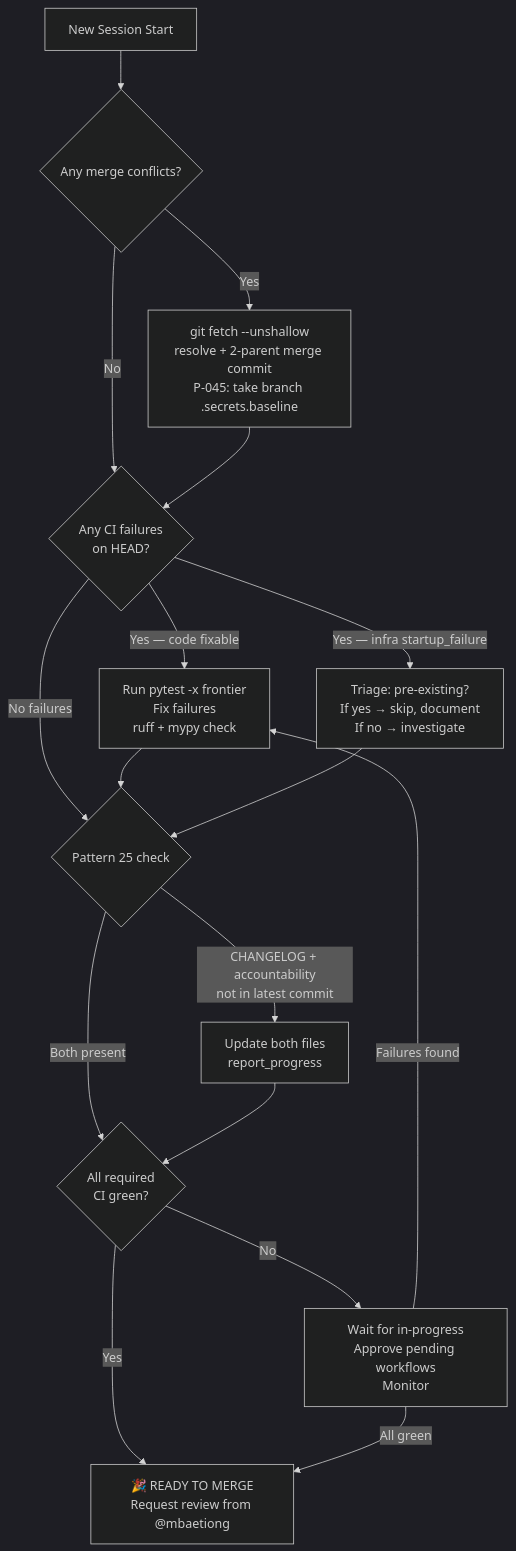
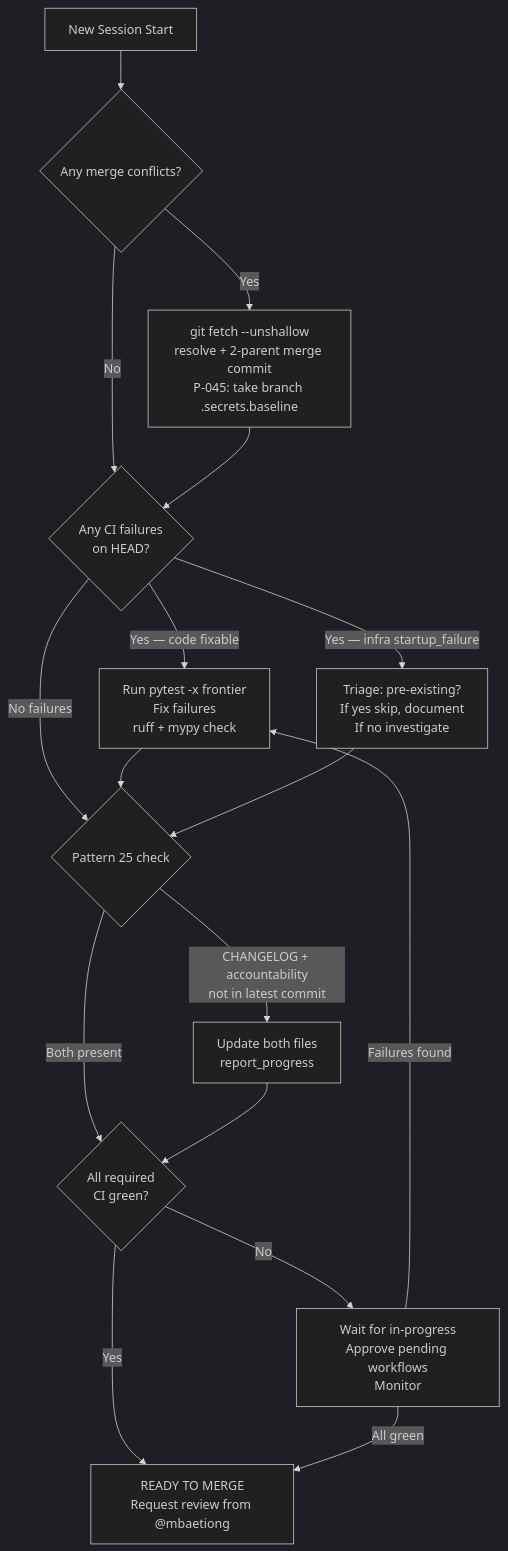
Before and after one commit to Aries-Serpent/_codex_: the second of 3 diagrams in docs/roadmap/PR4368_whats_next.md, drawn with Mermaid (dark theme). The commit also changed other lines of this file and 4117 other files, not shown here.

````diff
--- a/docs/roadmap/PR4368_whats_next.md
+++ b/docs/roadmap/PR4368_whats_next.md
@@ -130,20 +131,37 @@
 ```mermaid
 %%{init: {'accessibility': {'title': 'Flowchart showing New Session Start, git fetch --unshallow\nresolve + 2-parent merge commit\nP-045: take branch .secrets.baseline'}}%%
+
 flowchart TD
-    A[New Session Start] --> B{Any merge conflicts?}
-    B -->|Yes| C[git fetch --unshallow\nresolve + 2-parent merge commit\nP-045: take branch .secrets.baseline]
-    B -->|No| D{Any CI failures\non HEAD?}
-    C --> D
-    D -->|Yes — code fixable| E[Run pytest -x frontier\nFix failures\nruff + mypy check]
-    D -->|Yes — infra startup_failure| F[Triage: pre-existing?\nIf yes → skip, document\nIf no → investigate]
-    D -->|No failures| G{Pattern 25 check}
-    E --> G
-    F --> G
-    G -->|CHANGELOG + accountability\nnot in latest commit| H[Update both files\nreport_progress]
-    G -->|Both present | I{All required\nCI green?}
-    H --> I
-    I -->|No| J[Wait for in-progress\nApprove pending workflows\nMonitor]
-    I -->|Yes| K[🎉 READY TO MERGE\nRequest review from @mbaetiong]
-    J -->|Failures found| E
-    J -->|All green| K
+
+ A[New Session Start] --> B{Any merge conflicts?}
+
+ B -->|Yes| C[git fetch --unshallow\nresolve + 2-parent merge commit\nP-045: take branch .secrets.baseline]
+
+ B -->|No| D{Any CI failures\non HEAD?}
+
+ C --> D
+
+ D -->|Yes — code fixable| E[Run pytest -x frontier\nFix failures\nruff + mypy check]
+
+ D -->|Yes — infra startup_failure| F[Triage: pre-existing?\nIf yes skip, document\nIf no investigate]
+
+ D -->|No failures| G{Pattern 25 check}
+
+ E --> G
+
+ F --> G
+
+ G -->|CHANGELOG + accountability\nnot in latest commit| H[Update both files\nreport_progress]
+
+ G -->|Both present | I{All required\nCI green?}
+
+ H --> I
+
+ I -->|No| J[Wait for in-progress\nApprove pending workflows\nMonitor]
+
+ I -->|Yes| K[ READY TO MERGE\nRequest review from @mbaetiong]
+
+ J -->|Failures found| E
+
+ J -->|All green| K
 ```
````
